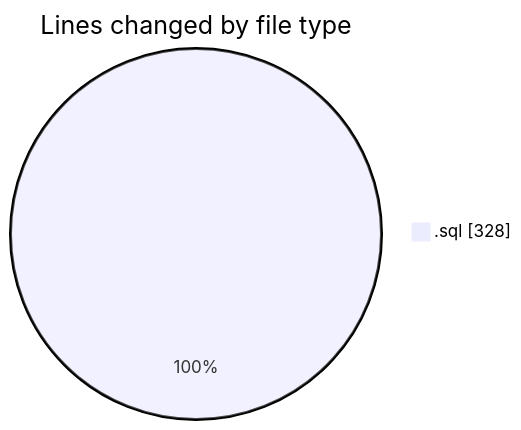
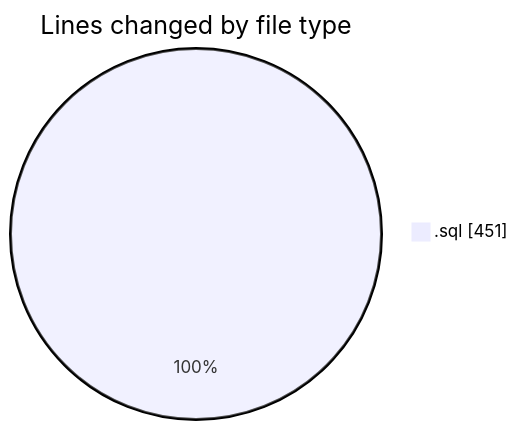
One commit to ricardozamudiocil/code-tracking changed the first of 2 diagrams in 2026-11-27/informesdocpath/README.md. Above: the diagram before and after it, drawn with Mermaid. The commit also changed other lines of this file and 1 other file, not shown here.

````diff
--- a/2026-11-27/informesdocpath/README.md
+++ b/2026-11-27/informesdocpath/README.md
@@ -21,5 +21,5 @@
 ```mermaid
 pie showData
 title Lines changed by file type
-".sql" : 328
+".sql" : 451
 ```
````
